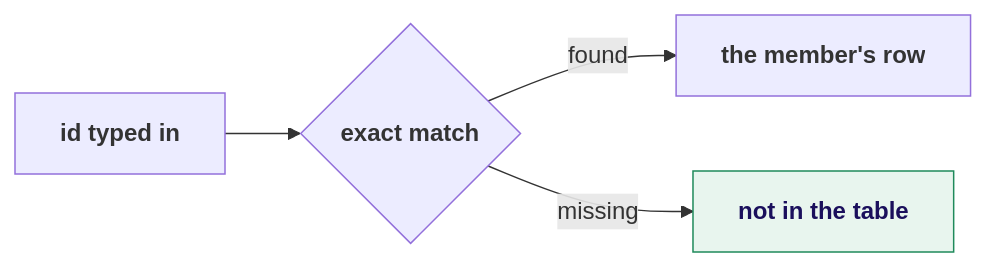
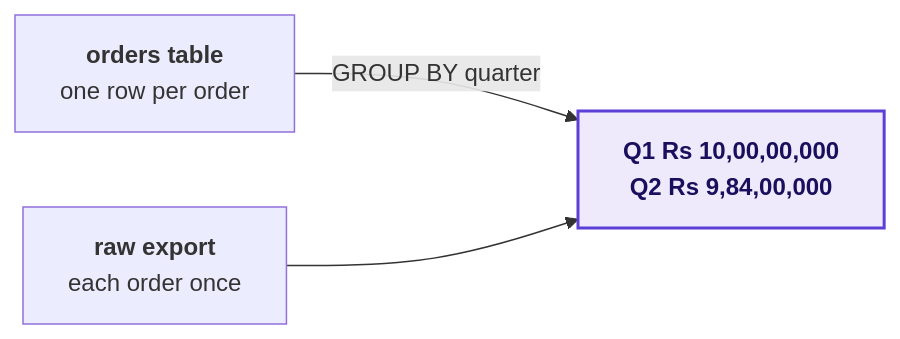
Diagram 16 of 26 in content/W02/D5/slides/C2_W02_D05_half1_STUDENT.md (fde-academy-lab/c2-content-factory), drawn with Mermaid before and after one commit. The commit also changed other lines of this file and 5 other files, not shown here.

````diff
--- a/content/W02/D5/slides/C2_W02_D05_half1_STUDENT.md
+++ b/content/W02/D5/slides/C2_W02_D05_half1_STUDENT.md
@@ -450,8 +775,7 @@
 ```mermaid
 flowchart LR
-    I["<b>id typed in</b>"] --> M{"<b>exact match</b>"}
-    M -->|"found"| F["<b>the member's row</b>"]
-    M -->|"missing"| N["<b>not in the table</b>"]
-    classDef good fill:#E8F5EE,stroke:#1F8A5B,color:#1A0F5C
-    class N good
+    W["<b>orders table</b><br/>one row per order"] -->|"GROUP BY quarter"| S["<b>Q1 Rs 10,00,00,000<br/>Q2 Rs 9,84,00,000</b>"]
+    E["<b>raw export</b><br/>each order once"] --> S
+    classDef known fill:#EEEAFB,stroke:#5B3FD6,color:#1A0F5C,stroke-width:2px
+    class S known
 ```
````
